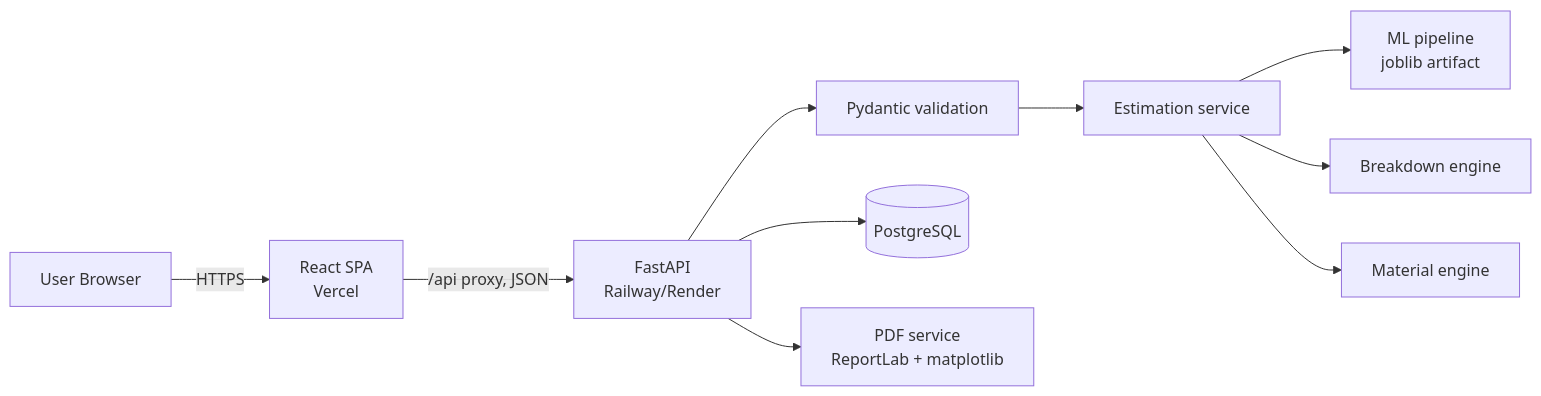
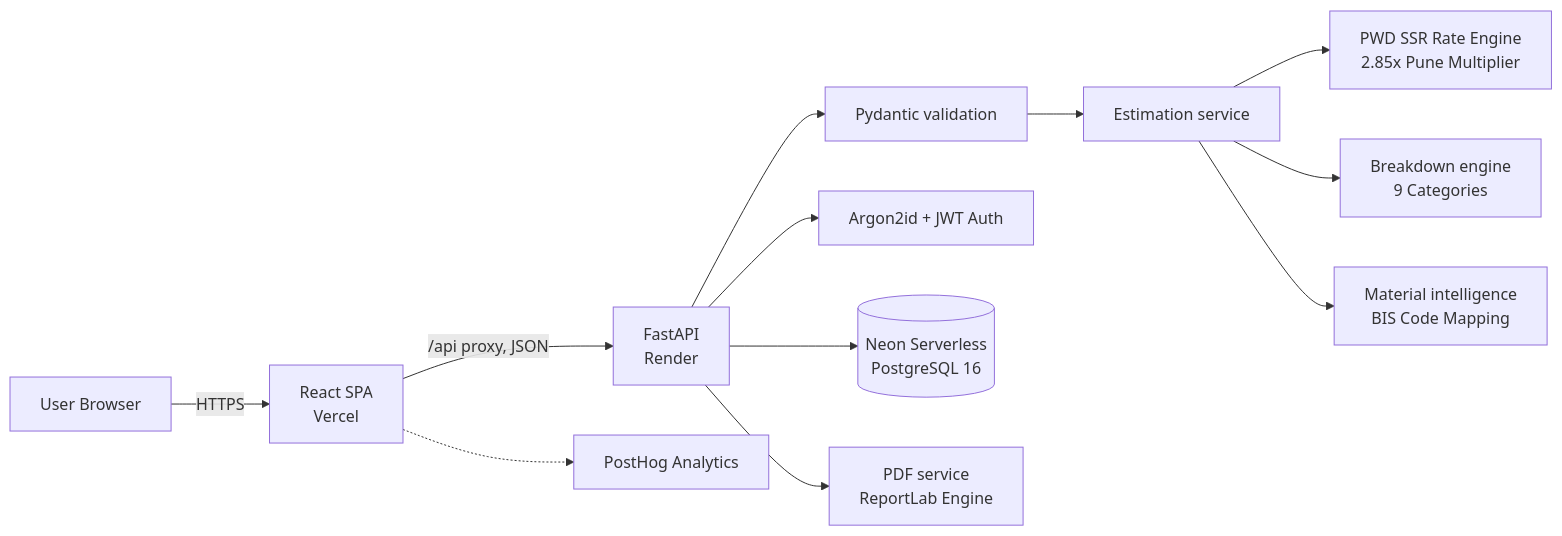
Before and after one commit to kushagra240/BUILD-SMART-AI: the diagram in README.md, drawn with Mermaid. The commit also changed other lines of this file, not shown here.

Commit message:
docs: streamline README with professional positioning, architecture, and live links

````diff
--- a/README.md
+++ b/README.md
@@ -155,12 +117,14 @@
 ```mermaid
 flowchart LR
   U[User Browser] -->|HTTPS| FE[React SPA<br/>Vercel]
-  FE -->|/api proxy, JSON| API[FastAPI<br/>Railway/Render]
+  FE -->|/api proxy, JSON| API[FastAPI<br/>Render]
   API --> V[Pydantic validation]
+  API --> AUTH[Argon2id + JWT Auth]
   V --> EST[Estimation service]
-  EST --> ML[ML pipeline<br/>joblib artifact]
-  EST --> BRK[Breakdown engine]
-  EST --> MAT[Material engine]
-  API --> DB[(PostgreSQL)]
-  API --> PDF[PDF service<br/>ReportLab + matplotlib]
+  EST --> BOQ[PWD SSR Rate Engine<br/>2.85x Pune Multiplier]
+  EST --> BRK[Breakdown engine<br/>9 Categories]
+  EST --> MAT[Material intelligence<br/>BIS Code Mapping]
+  API --> DB[(Neon Serverless<br/>PostgreSQL 16)]
+  API --> PDF[PDF service<br/>ReportLab Engine]
+  FE -.-> ANALYTICS[PostHog Analytics]
 ```
````
